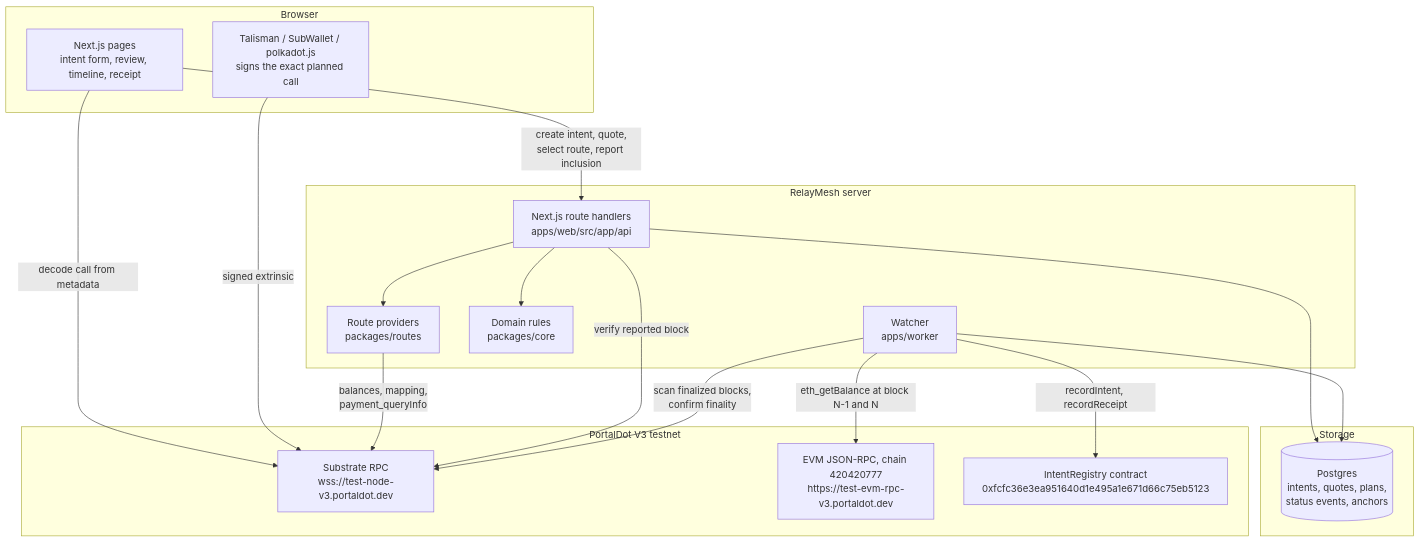
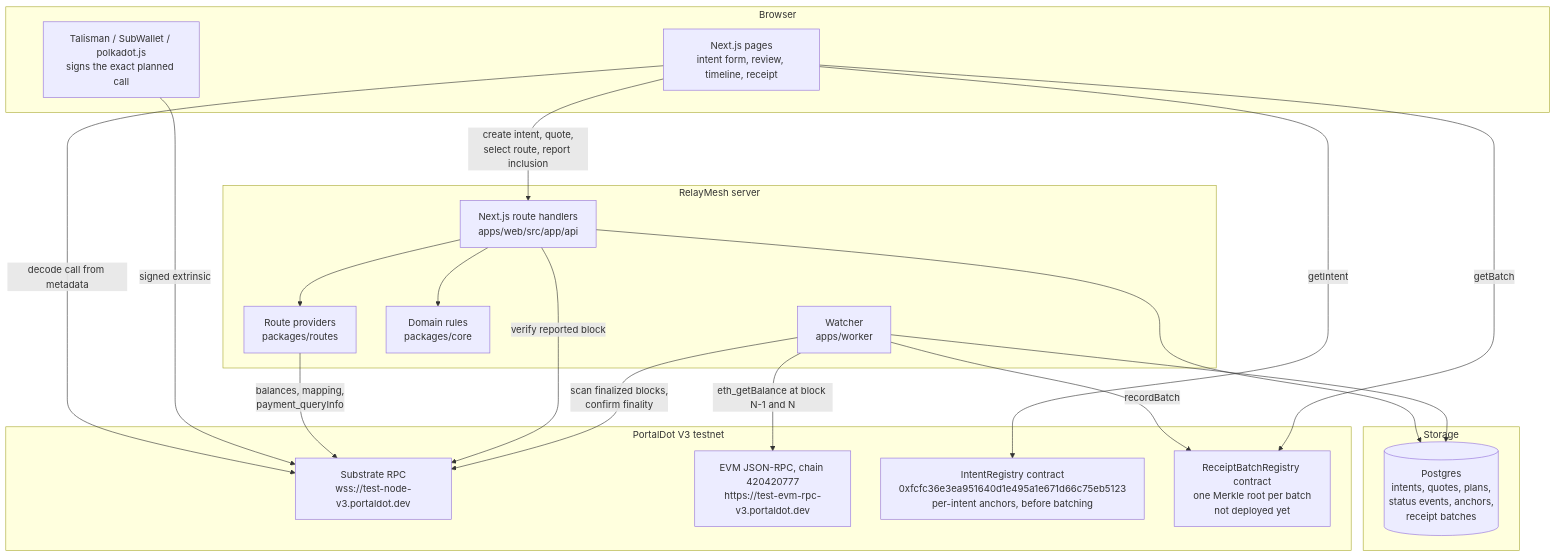
Before and after one commit to Saber1Y/RelayMesh: the first of 3 diagrams in docs/architecture.md, drawn with Mermaid. The commit also changed other lines of this file and 1 other file, not shown here.

Commit message:
docs: describe batch anchoring, its leaf format, thresholds and recovery

````diff
--- a/docs/architecture.md
+++ b/docs/architecture.md
@@ -9,37 +9,40 @@
 ```mermaid
 flowchart TB
     subgraph Client[Browser]
         UI[Next.js pages<br/>intent form, review, timeline, receipt]
         Wallet[Talisman / SubWallet / polkadot.js<br/>signs the exact planned call]
     end
 
     subgraph Server[RelayMesh server]
         API[Next.js route handlers<br/>apps/web/src/app/api]
         Routes[Route providers<br/>packages/routes]
         Core[Domain rules<br/>packages/core]
         Worker[Watcher<br/>apps/worker]
     end
 
     subgraph Data[Storage]
-        PG[(Postgres<br/>intents, quotes, plans,<br/>status events, anchors)]
+        PG[(Postgres<br/>intents, quotes, plans,<br/>status events, anchors,<br/>receipt batches)]
     end
 
     subgraph V3[PortalDot V3 testnet]
         Sub[Substrate RPC<br/>wss://test-node-v3.portaldot.dev]
         EVM[EVM JSON-RPC, chain 420420777<br/>https://test-evm-rpc-v3.portaldot.dev]
-        Reg[IntentRegistry contract<br/>0xfcfc36e3ea951640d1e495a1e671d66c75eb5123]
+        Reg[IntentRegistry contract<br/>0xfcfc36e3ea951640d1e495a1e671d66c75eb5123<br/>per-intent anchors, before batching]
+        Batch[ReceiptBatchRegistry contract<br/>one Merkle root per batch<br/>not deployed yet]
     end
 
     UI -->|create intent, quote,<br/>select route, report inclusion| API
     UI -->|decode call from metadata| Sub
     Wallet -->|signed extrinsic| Sub
     API --> Core
     API --> Routes
     Routes -->|balances, mapping,<br/>payment_queryInfo| Sub
     API -->|verify reported block| Sub
     API --> PG
     Worker --> PG
     Worker -->|scan finalized blocks,<br/>confirm finality| Sub
     Worker -->|eth_getBalance at block N-1 and N| EVM
-    Worker -->|recordIntent, recordReceipt| Reg
+    Worker -->|recordBatch| Batch
+    UI -->|getIntent| Reg
+    UI -->|getBatch| Batch
 ```
````
